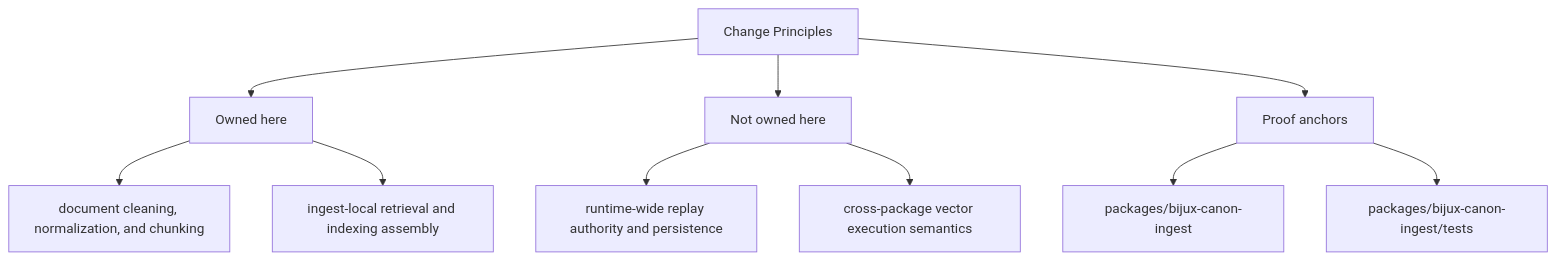
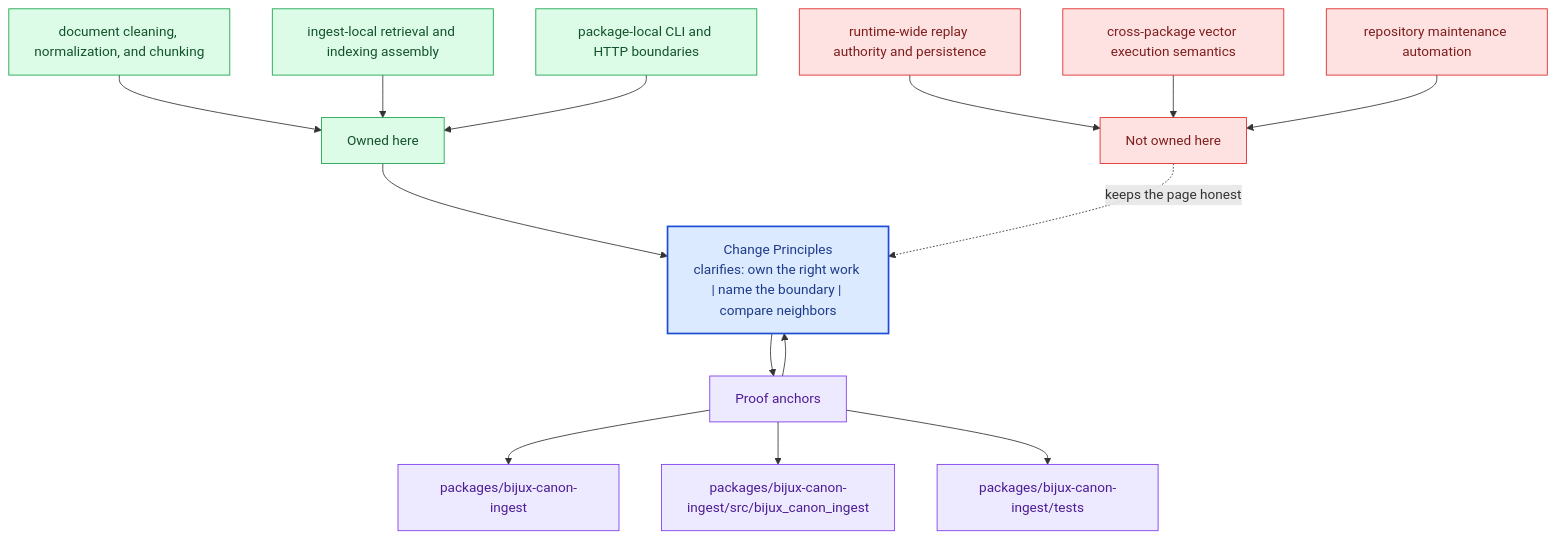
Before and after one commit to bijux/bijux-canon: the second of 2 diagrams in docs/bijux-canon-ingest/foundation/change-principles.md, drawn with Mermaid. The commit also changed other lines of this file and 281 other files, not shown here.

Commit message:
docs(diagrams): deepen handbook mermaid maps across the catalog

````diff
--- a/docs/bijux-canon-ingest/foundation/change-principles.md
+++ b/docs/bijux-canon-ingest/foundation/change-principles.md
@@ -36,22 +69,40 @@
 ```mermaid
-flowchart TD
-    page["Change Principles"]
+flowchart TB
+    promise["Change Principles<br/>clarifies: own the right work | name the boundary | compare neighbors"]
+    classDef promise fill:#dbeafe,stroke:#1d4ed8,color:#1e3a8a,stroke-width:2px;
+    classDef driver fill:#dcfce7,stroke:#16a34a,color:#14532d;
+    classDef constraint fill:#fee2e2,stroke:#dc2626,color:#7f1d1d;
+    classDef ground fill:#ede9fe,stroke:#7c3aed,color:#4c1d95;
     focus1["Owned here"]
-    page --> focus1
+    focus1 --> promise
     focus1_1["document cleaning, normalization, and chunking"]
-    focus1 --> focus1_1
+    focus1_1 --> focus1
     focus1_2["ingest-local retrieval and indexing assembly"]
-    focus1 --> focus1_2
+    focus1_2 --> focus1
+    focus1_3["package-local CLI and HTTP boundaries"]
+    focus1_3 --> focus1
+    class focus1 driver;
+    class focus1_1,focus1_2,focus1_3 driver;
     focus2["Not owned here"]
-    page --> focus2
+    focus2 -.keeps the page honest.-> promise
     focus2_1["runtime-wide replay authority and persistence"]
-    focus2 --> focus2_1
+    focus2_1 --> focus2
     focus2_2["cross-package vector execution semantics"]
-    focus2 --> focus2_2
+    focus2_2 --> focus2
+    focus2_3["repository maintenance automation"]
+    focus2_3 --> focus2
+    class focus2 constraint;
+    class focus2_1,focus2_2,focus2_3 constraint;
     focus3["Proof anchors"]
-    page --> focus3
+    focus3 --> promise
+    promise --> focus3
     focus3_1["packages/bijux-canon-ingest"]
     focus3 --> focus3_1
-    focus3_2["packages/bijux-canon-ingest/tests"]
+    focus3_2["packages/bijux-canon-ingest/src/bijux_canon_ingest"]
     focus3 --> focus3_2
+    focus3_3["packages/bijux-canon-ingest/tests"]
+    focus3 --> focus3_3
+    class focus3 ground;
+    class focus3_1,focus3_2,focus3_3 ground;
+    class promise promise;
 ```
````
